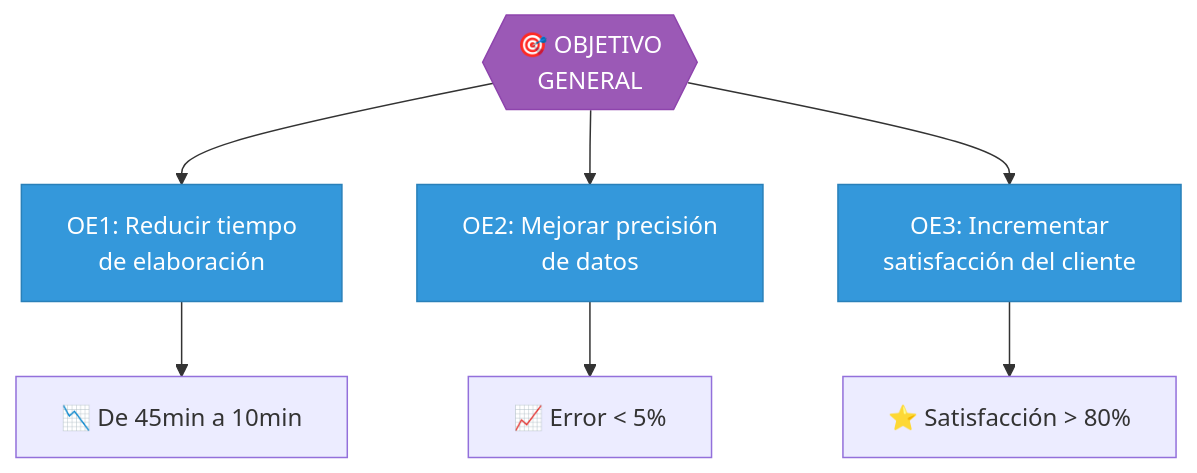
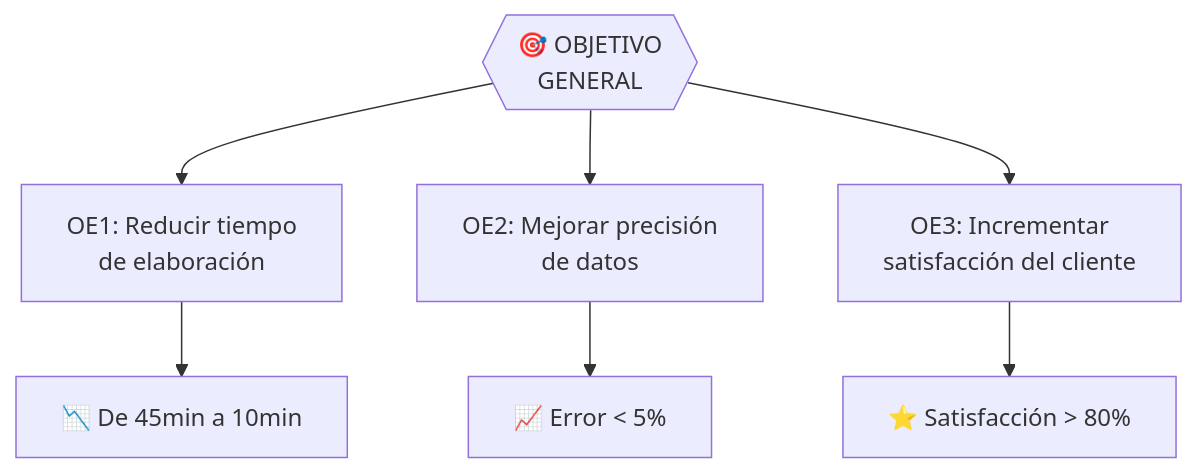
One commit to decagraff/LCService changed the fifth of 6 diagrams in docs/02-planteamiento-problema/README.md. Above: the diagram before and after it, drawn with Mermaid. The commit also changed other lines of this file and 7 other files, not shown here.

````diff
--- a/docs/02-planteamiento-problema/README.md
+++ b/docs/02-planteamiento-problema/README.md
@@ -152,21 +145,17 @@
 ```mermaid
 graph TB
     OG{{"🎯 OBJETIVO<br/>GENERAL"}}
 
     OE1["OE1: Reducir tiempo<br/>de elaboración"]
     OE2["OE2: Mejorar precisión<br/>de datos"]
     OE3["OE3: Incrementar<br/>satisfacción del cliente"]
 
     OG --> OE1
     OG --> OE2
     OG --> OE3
 
     OE1 --> R1["📉 De 45min a 10min"]
     OE2 --> R2["📈 Error < 5%"]
     OE3 --> R3["⭐ Satisfacción > 80%"]
 
-    style OG fill:#9b59b6,stroke:#8e44ad,color:#fff
-    style OE1 fill:#3498db,stroke:#2980b9,color:#fff
-    style OE2 fill:#3498db,stroke:#2980b9,color:#fff
-    style OE3 fill:#3498db,stroke:#2980b9,color:#fff
 ```
````
